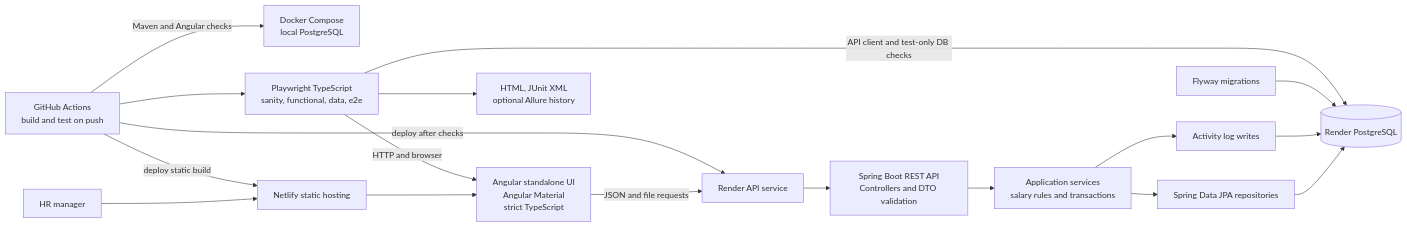
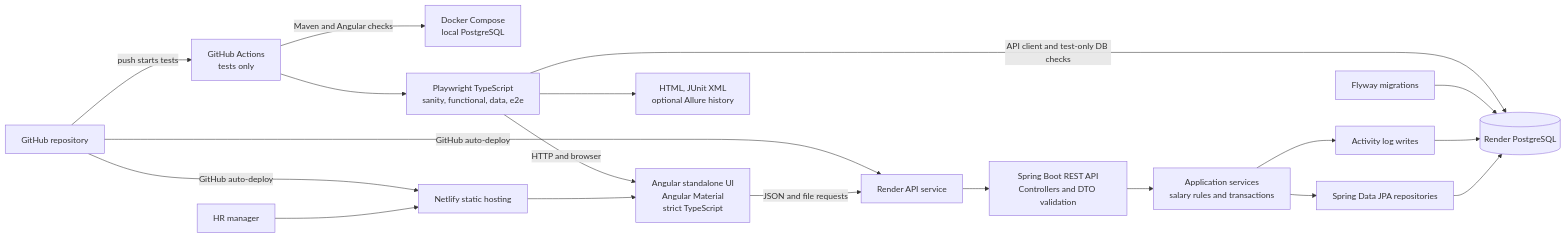
One commit to rutupatel53/salary-management changed the first of 3 diagrams in docs/design.md. Above: the diagram before and after it, drawn with Mermaid. The commit also changed other lines of this file and 1 other file, not shown here.

````diff
--- a/docs/design.md
+++ b/docs/design.md
@@ -11,29 +11,31 @@
 ```mermaid
 flowchart LR
     HR[HR manager]
     UI[Angular standalone UI<br/>Angular Material<br/>strict TypeScript]
     API[Spring Boot REST API<br/>Controllers and DTO validation]
     APP[Application services<br/>salary rules and transactions]
     REPO[Spring Data JPA repositories]
     DB[(Render PostgreSQL)]
     MIG[Flyway migrations]
     AUD[Activity log writes]
-    CI[GitHub Actions<br/>build and test on push]
+    GH[GitHub repository]
+    CI[GitHub Actions<br/>tests only]
     COMPOSE[Docker Compose<br/>local PostgreSQL]
     PW[Playwright TypeScript<br/>sanity, functional, data, e2e]
     REPORT[HTML, JUnit XML<br/>optional Allure history]
     NET[Netlify static hosting]
     RENDER[Render API service]
 
     HR --> NET --> UI
     UI -->|JSON and file requests| RENDER
     RENDER --> API --> APP --> REPO --> DB
     APP --> AUD --> DB
     MIG --> DB
+    GH -->|push starts tests| CI
     CI -->|Maven and Angular checks| COMPOSE
     CI --> PW -->|HTTP and browser| UI
     PW -->|API client and test-only DB checks| DB
     PW --> REPORT
-    CI -->|deploy after checks| RENDER
-    CI -->|deploy static build| NET
+    GH -->|GitHub auto-deploy| RENDER
+    GH -->|GitHub auto-deploy| NET
 ```
````
